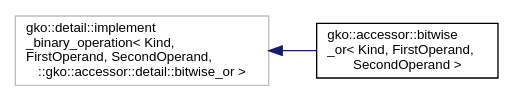
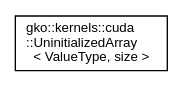
The diagram in doc/develop/inherit_graph_4.dot (ginkgo-project/ginkgo), drawn with Graphviz before and after one commit. The commit also changed 991 other files, not shown here.

```diff
--- a/doc/develop/inherit_graph_4.dot
+++ b/doc/develop/inherit_graph_4.dot
@@ -1,10 +1,8 @@
 digraph "Graphical Class Hierarchy"
 {
  // INTERACTIVE_SVG=YES
   edge [fontname="Helvetica",fontsize="10",labelfontname="Helvetica",labelfontsize="10"];
   node [fontname="Helvetica",fontsize="10",shape=record];
   rankdir="LR";
-  Node1 [label="gko::detail::implement\l_binary_operation\< Kind,\l FirstOperand, SecondOperand,\l::gko::accessor::detail::bitwise_or \>",height=0.2,width=0.4,color="grey75", fillcolor="white", style="filled"];
-  Node1 -> Node2 [dir="back",color="midnightblue",fontsize="10",style="solid",fontname="Helvetica"];
-  Node2 [label="gko::accessor::bitwise\l_or\< Kind, FirstOperand,\l SecondOperand \>",height=0.2,width=0.4,color="black", fillcolor="white", style="filled",URL="$structgko_1_1accessor_1_1bitwise__or.html"];
+  Node1 [label="gko::kernels::cuda\l::UninitializedArray\l\< ValueType, size \>",height=0.2,width=0.4,color="black", fillcolor="white", style="filled",URL="$classgko_1_1kernels_1_1cuda_1_1UninitializedArray.html",tooltip="Stores an array with uninitialized contents. "];
 }
```
